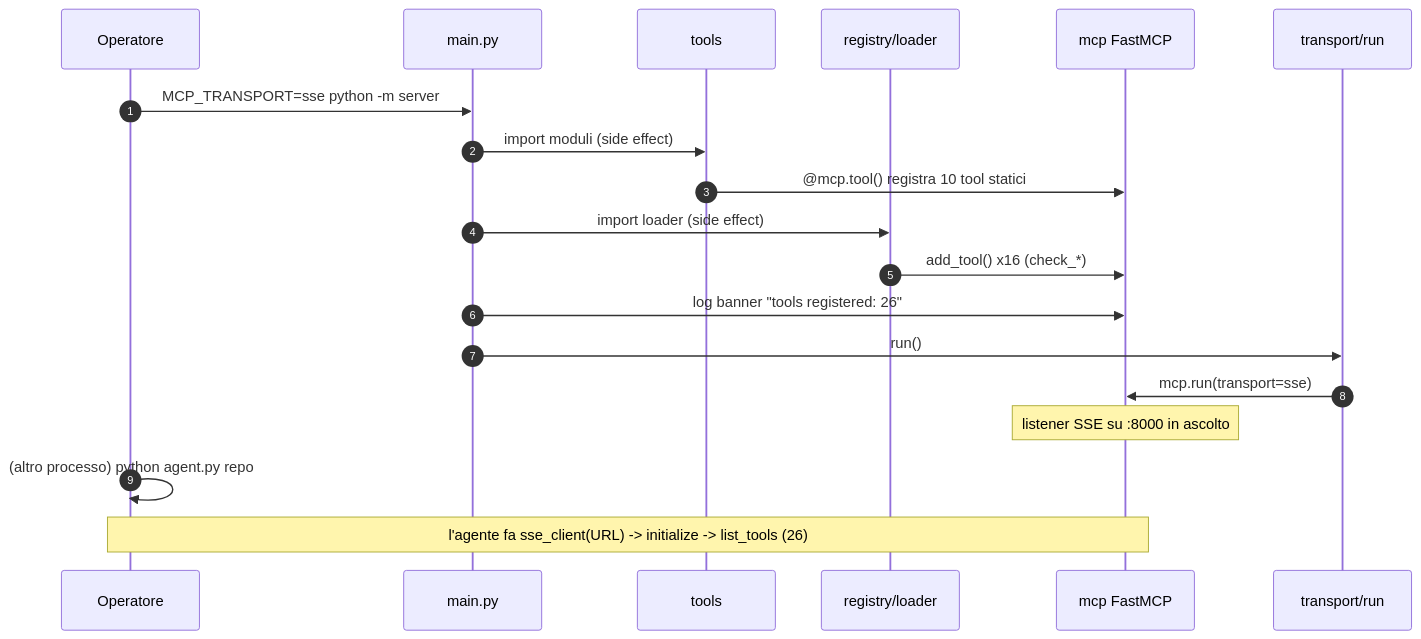
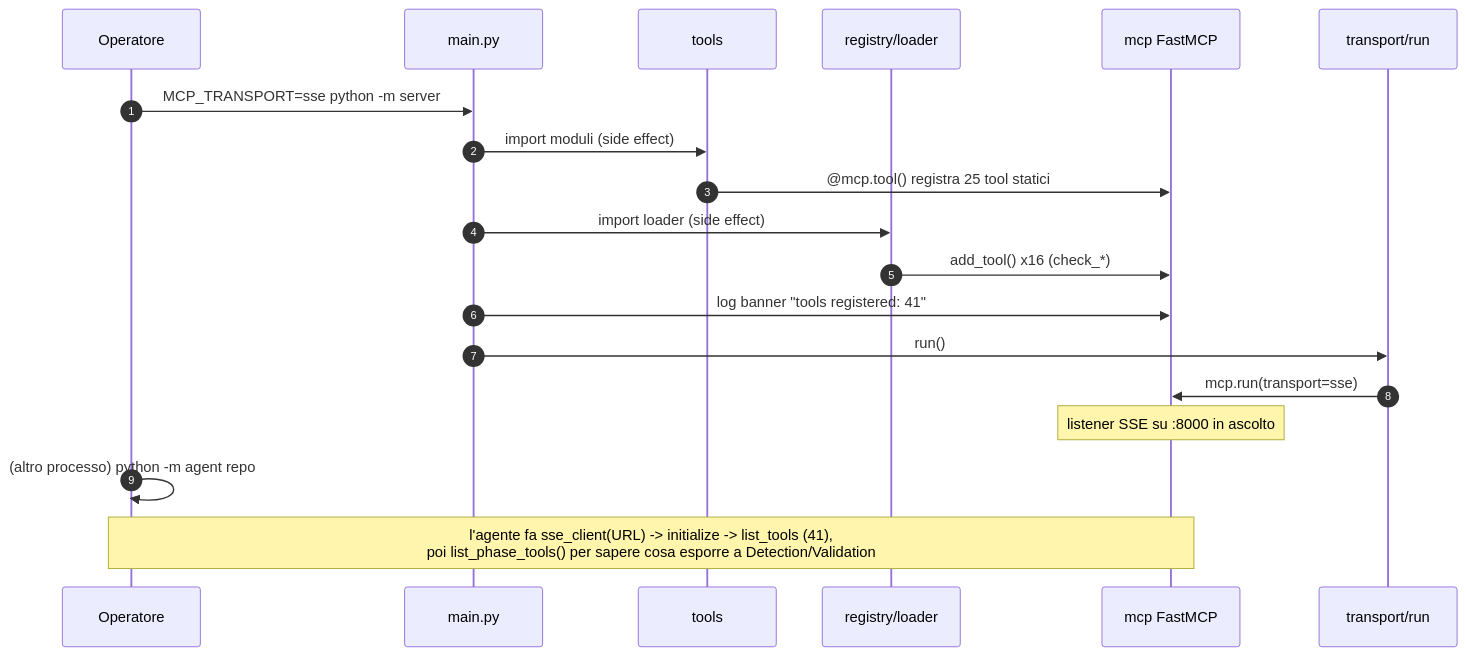
One commit to iris-cmd22/Sibyl changed diagram 28 of 29 in documentazione/Server_MCP_Architettura.md. Above: the diagram before and after it, drawn with Mermaid. The commit also changed other lines of this file and 49 other files, not shown here.

````diff
--- a/documentazione/Server_MCP_Architettura.md
+++ b/documentazione/Server_MCP_Architettura.md
@@ -1180,21 +1235,21 @@
 ```mermaid
 sequenceDiagram
     autonumber
     participant OP as Operatore
     participant MAIN as main.py
     participant TOOLS as tools
     participant REG as registry/loader
     participant MCP as mcp FastMCP
     participant RUN as transport/run
     OP->>MAIN: MCP_TRANSPORT=sse python -m server
     MAIN->>TOOLS: import moduli (side effect)
-    TOOLS->>MCP: @mcp.tool() registra 10 tool statici
+    TOOLS->>MCP: @mcp.tool() registra 25 tool statici
     MAIN->>REG: import loader (side effect)
     REG->>MCP: add_tool() x16 (check_*)
-    MAIN->>MCP: log banner "tools registered: 26"
+    MAIN->>MCP: log banner "tools registered: 41"
     MAIN->>RUN: run()
     RUN->>MCP: mcp.run(transport=sse)
     Note over MCP: listener SSE su :8000 in ascolto
-    OP->>OP: (altro processo) python agent.py repo
-    Note over OP,MCP: l'agente fa sse_client(URL) -> initialize -> list_tools (26)
+    OP->>OP: (altro processo) python -m agent repo
+    Note over OP,MCP: l'agente fa sse_client(URL) -> initialize -> list_tools (41),<br/>poi list_phase_tools() per sapere cosa esporre a Detection/Validation
 ```
````
